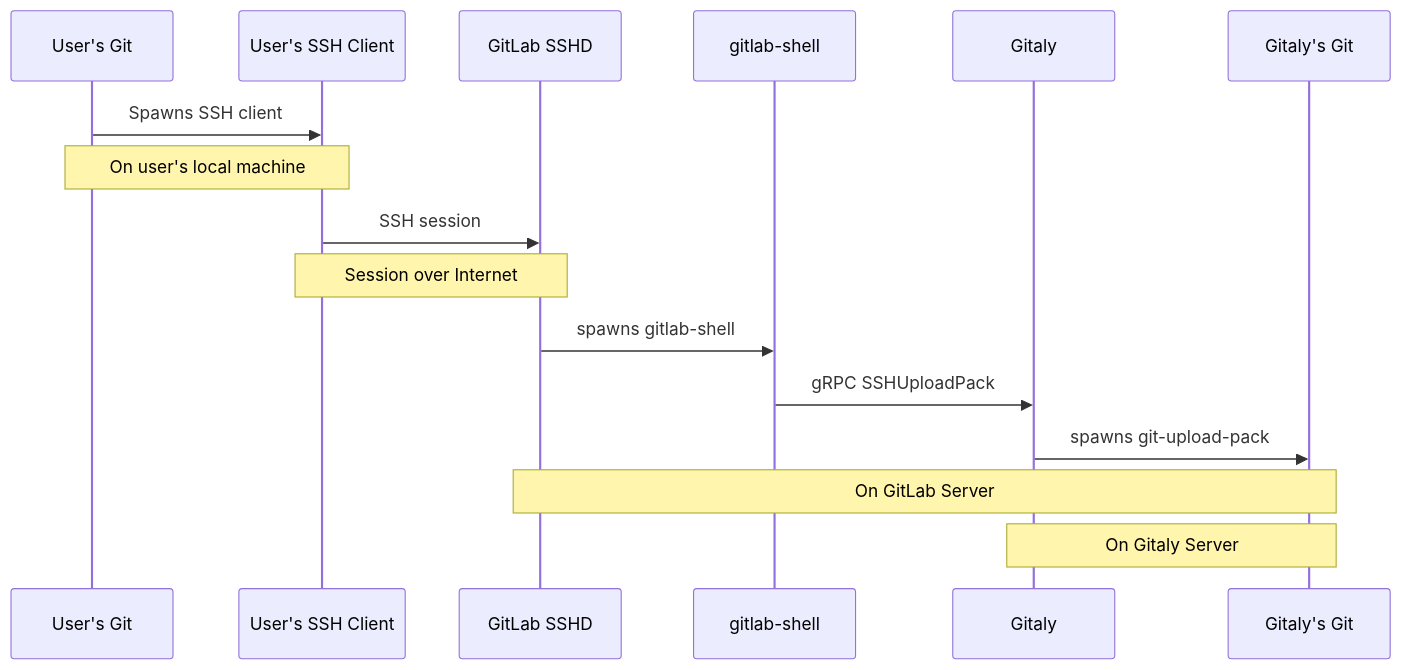
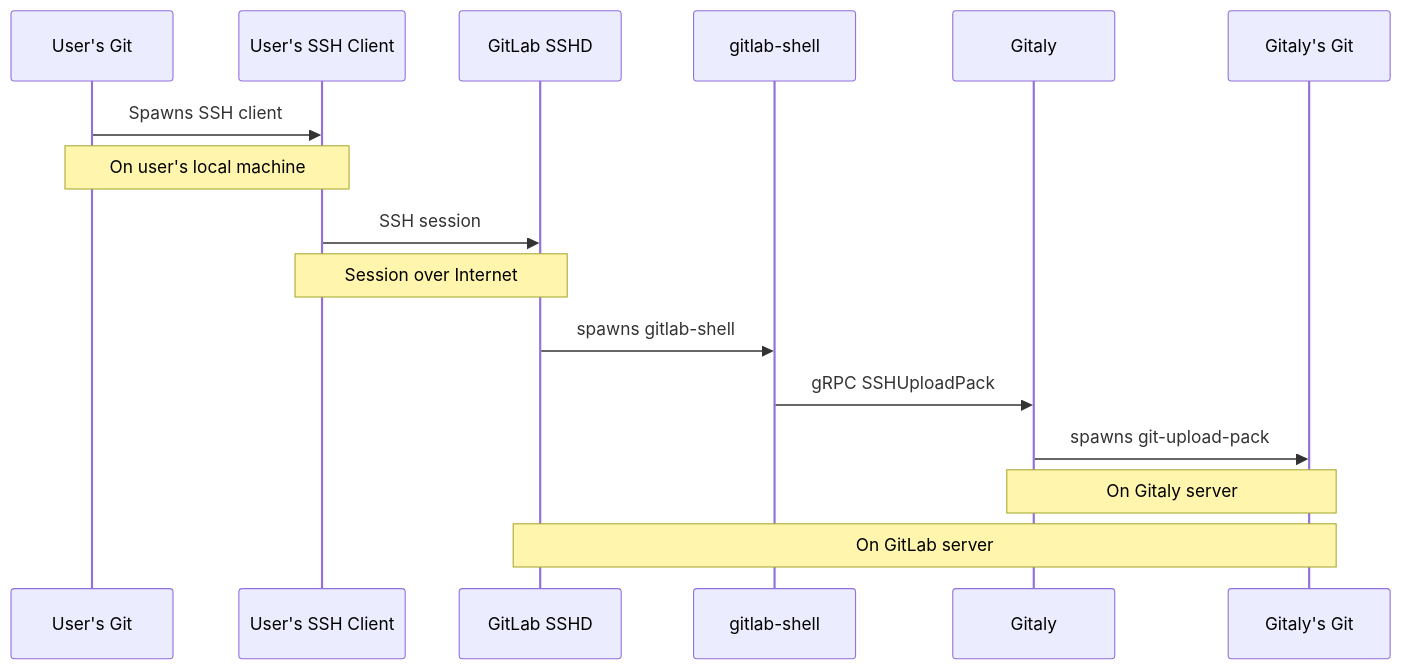
One commit to qeesung/gitaly changed the diagram in cmd/gitaly-ssh/README.md. Above: the diagram before and after it, drawn with Mermaid.

Commit message:
rearrange

````diff
--- a/cmd/gitaly-ssh/README.md
+++ b/cmd/gitaly-ssh/README.md
@@ -23,21 +23,22 @@
 ```mermaid
 sequenceDiagram
   participant UserGit as User's Git
   participant SSHClient as User's SSH Client
   participant SSHD as GitLab SSHD
   participant GitLabShell as gitlab-shell
   participant GitalyServer as Gitaly
   participant GitalyGit as Gitaly's Git
 
   UserGit ->> SSHClient: Spawns SSH client
   Note over UserGit,SSHClient: On user's local machine
 
   SSHClient ->> SSHD: SSH session
   Note over SSHClient,SSHD: Session over Internet
 
   SSHD ->> GitLabShell: spawns gitlab-shell
   GitLabShell ->> GitalyServer: gRPC SSHUploadPack
   GitalyServer ->> GitalyGit: spawns git-upload-pack
-  Note over SSHD,GitalyGit: On GitLab Server
-  Note over GitalyServer,GitalyGit: On Gitaly Server
+
+  Note over GitalyServer,GitalyGit: On Gitaly server
+  Note over SSHD,GitalyGit: On GitLab server
 ```
````
